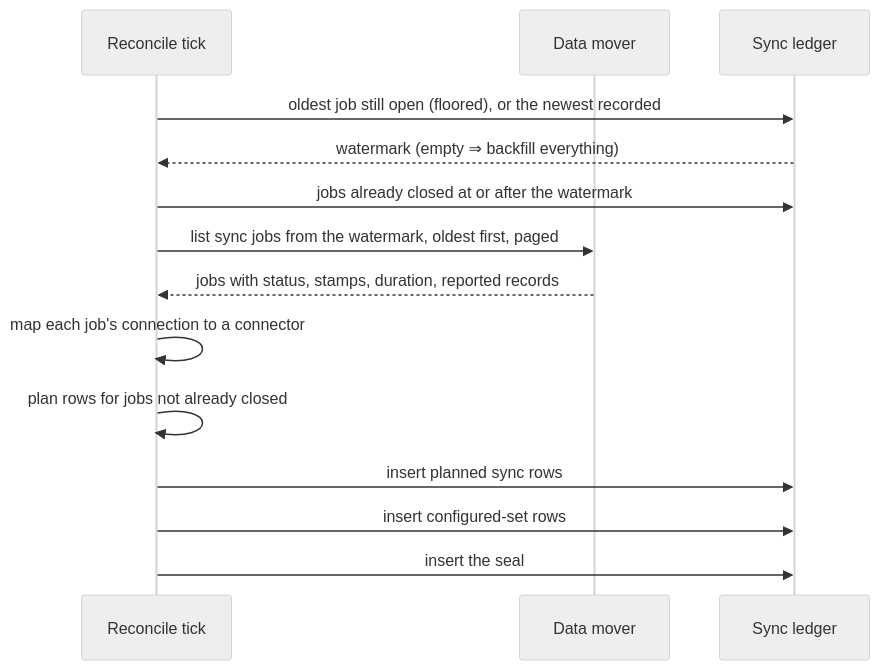
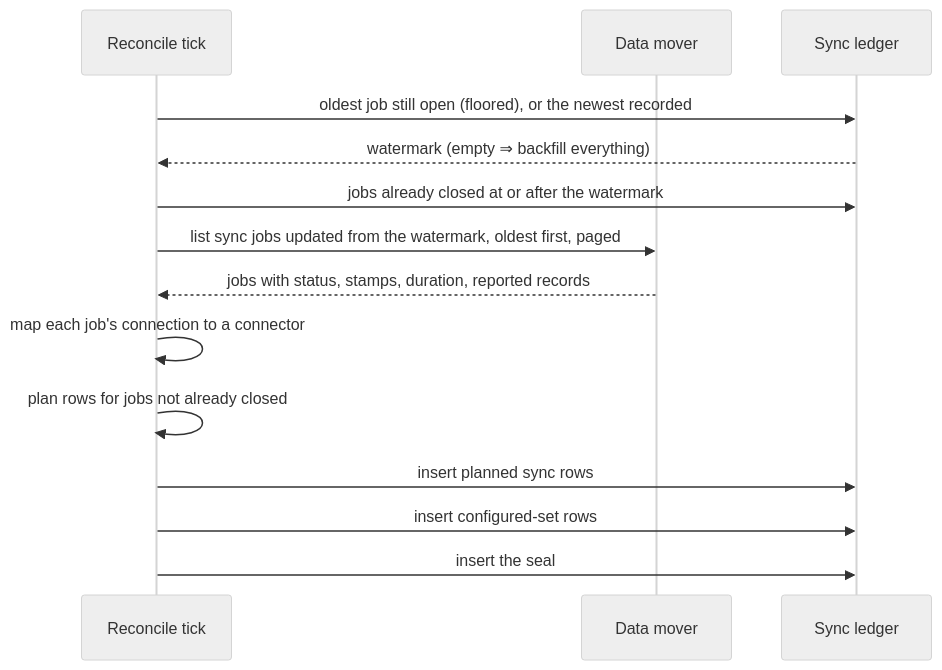
One commit to constructorfabric/insight changed the first of 2 diagrams in docs/components/backend/analytics/specs/connector-health/DESIGN.md. Above: the diagram before and after it, drawn with Mermaid (neutral theme). The commit also changed other lines of this file and 18 other files, not shown here.

````diff
--- a/docs/components/backend/analytics/specs/connector-health/DESIGN.md
+++ b/docs/components/backend/analytics/specs/connector-health/DESIGN.md
@@ -481,17 +516,17 @@
 ```mermaid
 sequenceDiagram
     participant R as Reconcile tick
     participant M as Data mover
     participant L as Sync ledger
 
     R->>L: oldest job still open (floored), or the newest recorded
     L-->>R: watermark (empty ⇒ backfill everything)
     R->>L: jobs already closed at or after the watermark
-    R->>M: list sync jobs from the watermark, oldest first, paged
+    R->>M: list sync jobs updated from the watermark, oldest first, paged
     M-->>R: jobs with status, stamps, duration, reported records
     R->>R: map each job's connection to a connector
     R->>R: plan rows for jobs not already closed
     R->>L: insert planned sync rows
     R->>L: insert configured-set rows
     R->>L: insert the seal
 ```
````
